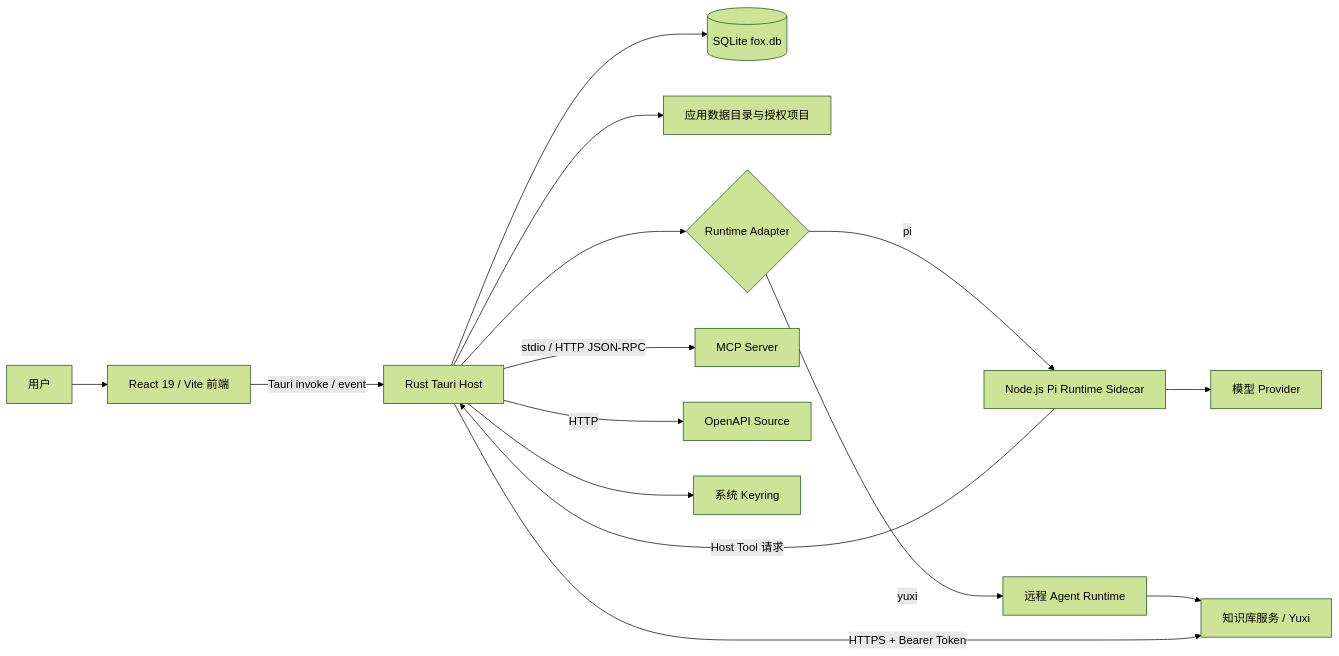
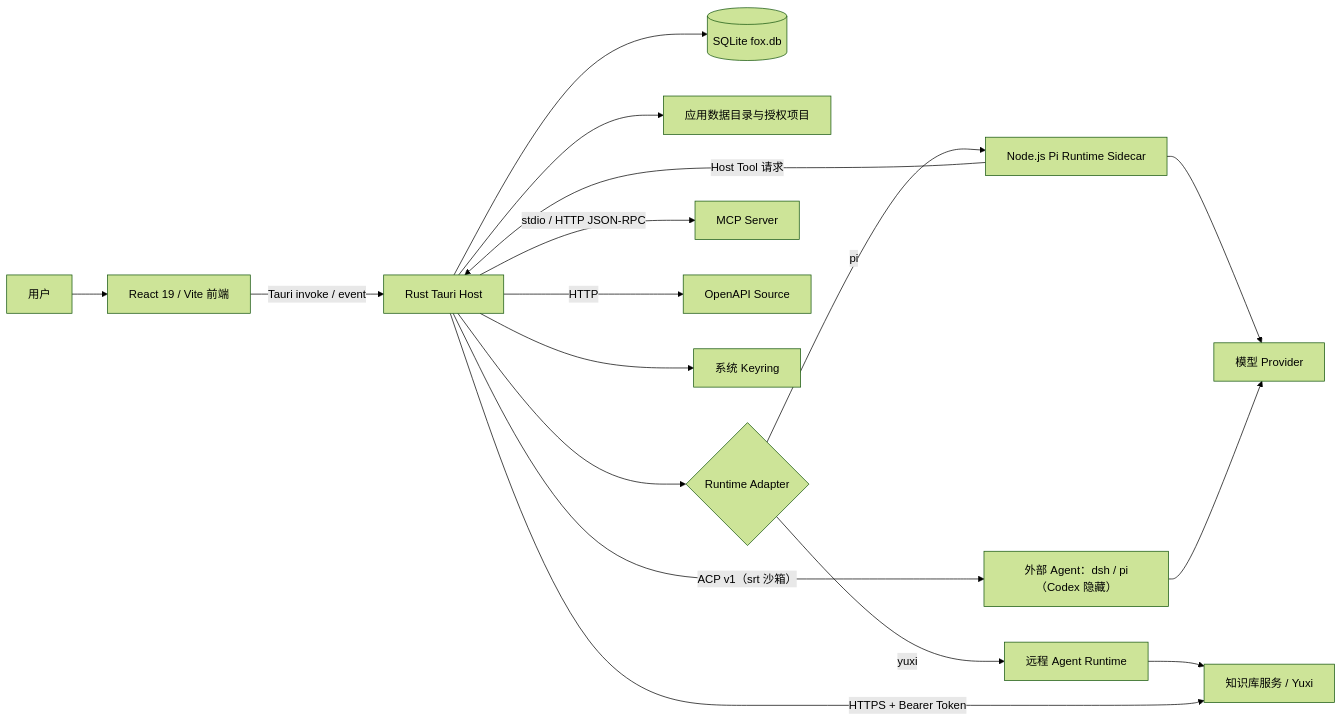
One commit to Hry1729/Fox-Agent changed the first of 2 diagrams in docs/02-架构/总体架构.md. Above: the diagram before and after it, drawn with Mermaid (forest theme). The commit also changed other lines of this file, not shown here.

Commit message:
docs(arch): 按当前代码更新 总体架构.md（四 Agent / Codex 隐藏 / Kernel 默认） [skip ci]

````diff
--- a/docs/02-架构/总体架构.md
+++ b/docs/02-架构/总体架构.md
@@ -16,17 +18,19 @@
 ```mermaid
 flowchart LR
     U["用户"] --> UI["React 19 / Vite 前端"]
     UI -->|"Tauri invoke / event"| HOST["Rust Tauri Host"]
     HOST --> DB[("SQLite fox.db")]
     HOST --> FS["应用数据目录与授权项目"]
     HOST --> ROUTER{"Runtime Adapter"}
     ROUTER -->|"pi"| PI["Node.js Pi Runtime Sidecar"]
     ROUTER -->|"yuxi"| YRUN["远程 Agent Runtime"]
     PI --> MODEL["模型 Provider"]
     PI -->|"Host Tool 请求"| HOST
     YRUN --> KB["知识库服务 / Yuxi"]
     HOST -->|"HTTPS + Bearer Token"| KB
     HOST -->|"stdio / HTTP JSON-RPC"| MCP["MCP Server"]
     HOST -->|"HTTP"| OPENAPI["OpenAPI Source"]
     HOST --> KEY["系统 Keyring"]
+    HOST -->|"ACP v1（srt 沙箱）"| EXT["外部 Agent：dsh / pi（Codex 隐藏）"]
+    EXT --> MODEL
 ```
````
